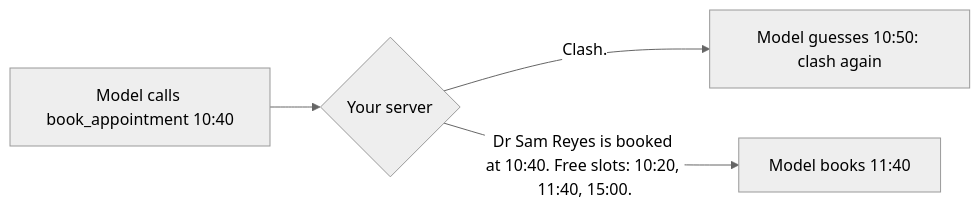
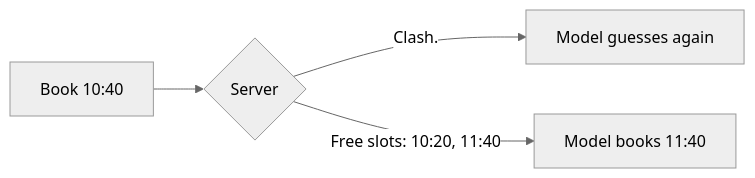
Before and after one commit to learnwithparam/mcp-workshop: the diagram in parts/01-give-the-diary/03-return-errors-the-model-can-fix/problem/README.md, drawn with Mermaid (neutral theme). The commit also changed other lines of this file and 153 other files, not shown here.

````diff
--- a/parts/01-give-the-diary/03-return-errors-the-model-can-fix/problem/README.md
+++ b/parts/01-give-the-diary/03-return-errors-the-model-can-fix/problem/README.md
@@ -12,6 +8,6 @@
 ```mermaid
 flowchart LR
-  A[Model calls book_appointment 10:40] --> B{Your server}
-  B -- "Clash." --> C[Model guesses 10:50: clash again]
-  B -- "Dr Sam Reyes is booked at 10:40. Free slots: 10:20, 11:40, 15:00." --> D[Model books 11:40]
+  A[Book 10:40] --> B{Server}
+  B -- "Clash." --> C[Model guesses again]
+  B -- "Free slots: 10:20, 11:40" --> D[Model books 11:40]
 ```
````
